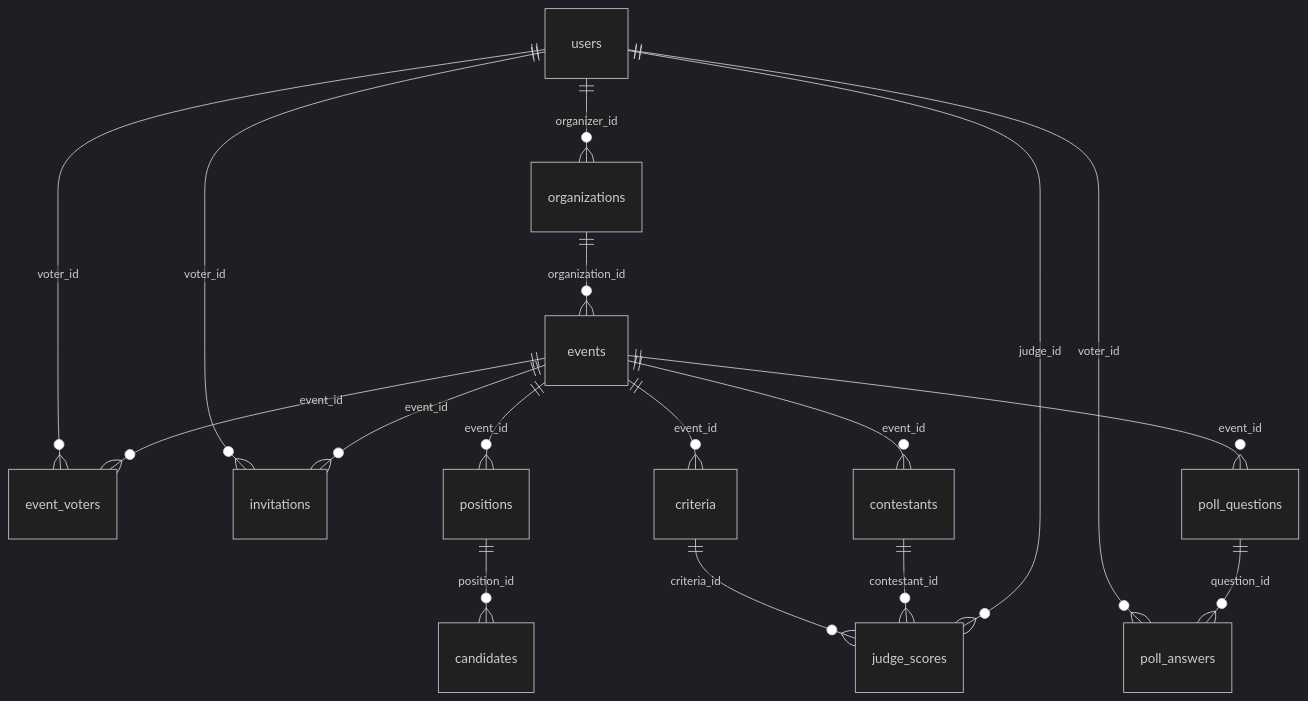
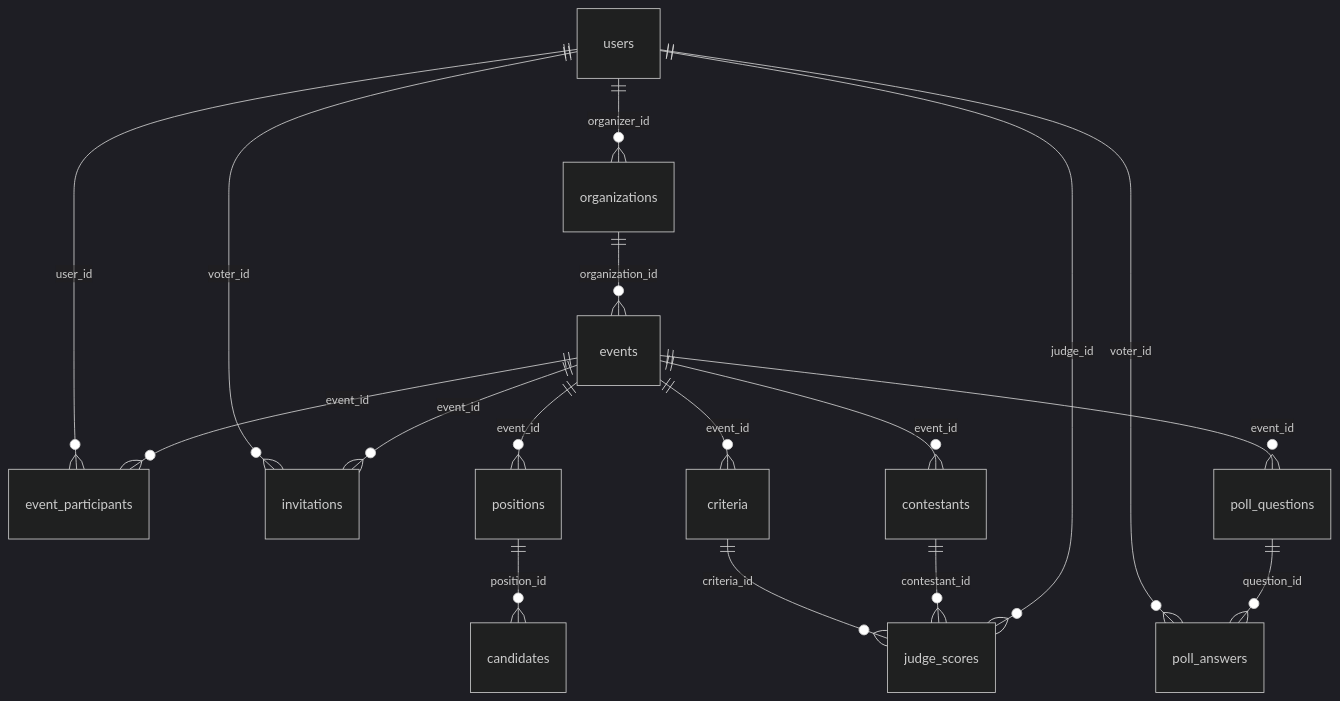
The diagram in backend/src/database/README.md (zkcs1234/Votrix), drawn with Mermaid (dark theme) before and after one commit. The commit also changed other lines of this file and 18 other files, not shown here.

````diff
--- a/backend/src/database/README.md
+++ b/backend/src/database/README.md
@@ -21,19 +26,19 @@
 ```mermaid
 erDiagram
   users ||--o{ organizations : "organizer_id"
   organizations ||--o{ events : "organization_id"
-  events ||--o{ event_voters : "event_id"
+  events ||--o{ event_participants : "event_id"
   events ||--o{ invitations : "event_id"
-  users ||--o{ event_voters : "voter_id"
+  users ||--o{ event_participants : "user_id"
   users ||--o{ invitations : "voter_id"
   events ||--o{ positions : "event_id"
   positions ||--o{ candidates : "position_id"
   events ||--o{ contestants : "event_id"
   events ||--o{ criteria : "event_id"
   users ||--o{ judge_scores : "judge_id"
   contestants ||--o{ judge_scores : "contestant_id"
   criteria ||--o{ judge_scores : "criteria_id"
   events ||--o{ poll_questions : "event_id"
   poll_questions ||--o{ poll_answers : "question_id"
   users ||--o{ poll_answers : "voter_id"
 ```
````
